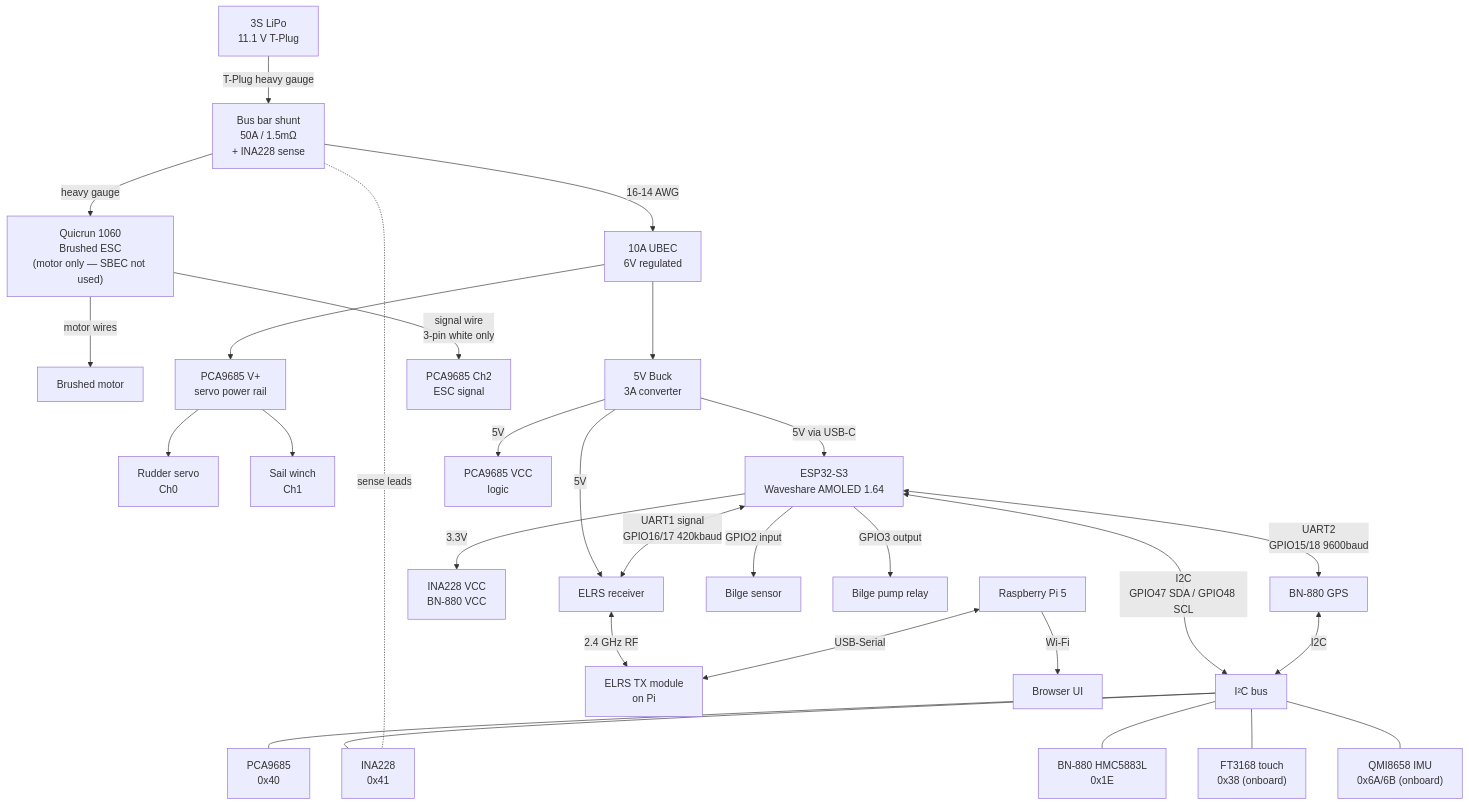
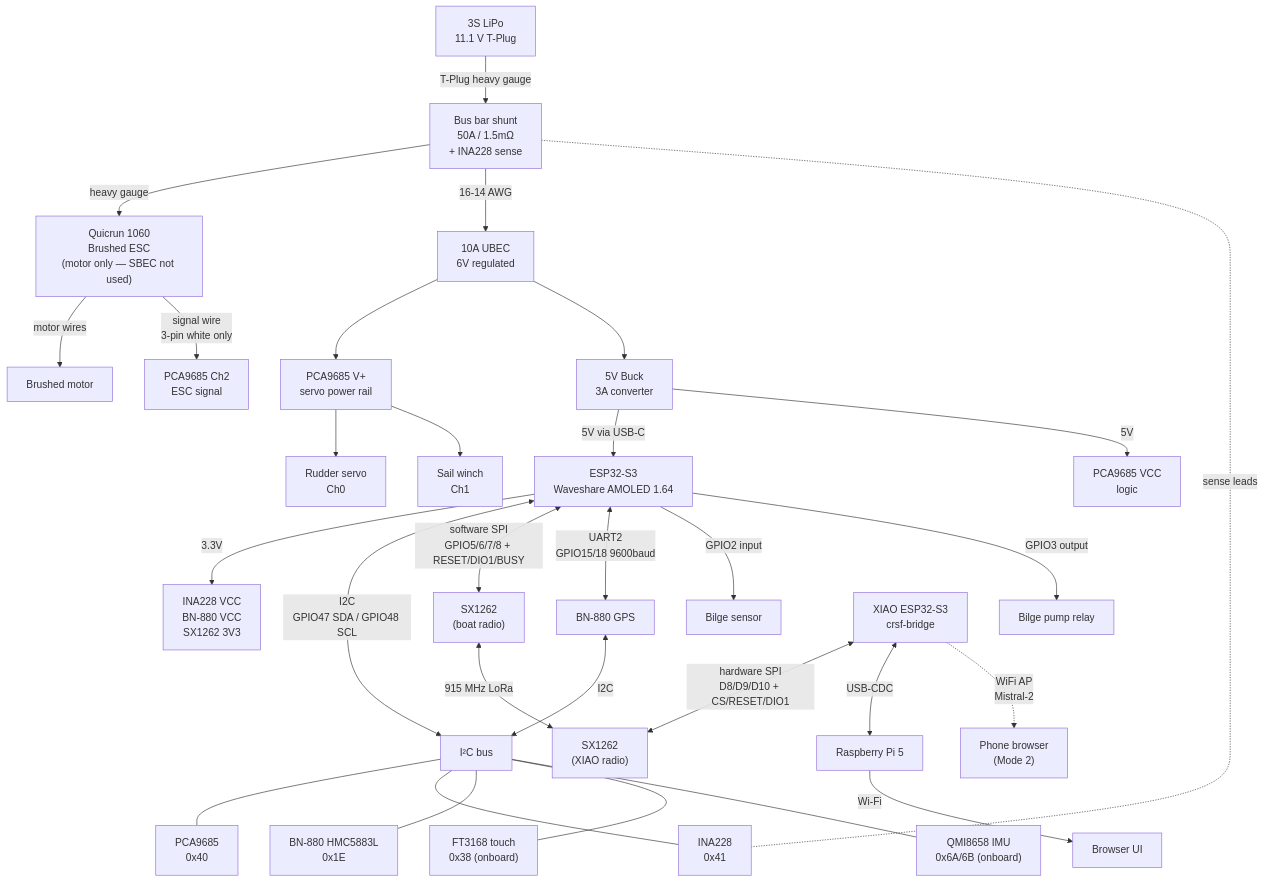
Before and after one commit to crazyswedishguy/rcsailboat: the diagram in docs/wiring.md, drawn with Mermaid. The commit also changed other lines of this file and 15 other files, not shown here.

First line of the commit message:
feat(radio): replace Ranger Micro/RP3 ELRS with SX1262 LoRa

````diff
--- a/docs/wiring.md
+++ b/docs/wiring.md
@@ -309,44 +330,45 @@
 ```mermaid
 graph TD
     LIPO["3S LiPo\n11.1 V T-Plug"]
     SHUNT["Bus bar shunt\n50A / 1.5mΩ\n+ INA228 sense"]
 
     LIPO -->|T-Plug heavy gauge| SHUNT
     SHUNT -->|heavy gauge| ESC["Quicrun 1060\nBrushed ESC\n(motor only — SBEC not used)"]
     SHUNT -->|16-14 AWG| UBEC["10A UBEC\n6V regulated"]
     ESC -->|motor wires| MOTOR["Brushed motor"]
 
     UBEC --> PCA_V["PCA9685 V+\nservo power rail"]
     UBEC --> BUCK["5V Buck\n3A converter"]
 
     PCA_V --> RUDDER["Rudder servo\nCh0"]
     PCA_V --> SAIL["Sail winch\nCh1"]
 
     ESC -->|signal wire\n3-pin white only| PCA_CH2["PCA9685 Ch2\nESC signal"]
 
     BUCK -->|5V via USB-C| ESP["ESP32-S3\nWaveshare AMOLED 1.64"]
     BUCK -->|5V| PCA_VCC["PCA9685 VCC\nlogic"]
-    BUCK -->|5V| ELRS_RX["ELRS receiver"]
 
-    ESP -->|3.3V| SENSORS["INA228 VCC\nBN-880 VCC"]
+    ESP -->|3.3V| SENSORS["INA228 VCC\nBN-880 VCC\nSX1262 3V3"]
 
     ESP <-->|I2C\nGPIO47 SDA / GPIO48 SCL| I2C_BUS["I²C bus"]
     I2C_BUS --- PCA["PCA9685\n0x40"]
     I2C_BUS --- INA228_I2C["INA228\n0x41"]
     SHUNT -.-|sense leads| INA228_I2C
     I2C_BUS --- HMAG["BN-880 HMC5883L\n0x1E"]
     I2C_BUS --- TOUCH["FT3168 touch\n0x38 (onboard)"]
     I2C_BUS --- IMU["QMI8658 IMU\n0x6A/6B (onboard)"]
 
-    ESP <-->|UART1 signal\nGPIO16/17 420kbaud| ELRS_RX
-    ELRS_RX <-->|2.4 GHz RF| ELRS_TX["ELRS TX module\non Pi"]
+    ESP <-->|software SPI\nGPIO5/6/7/8 + RESET/DIO1/BUSY| SX1262_B["SX1262\n(boat radio)"]
+    SX1262_B <-->|915 MHz LoRa| SX1262_X["SX1262\n(XIAO radio)"]
 
     ESP <-->|UART2\nGPIO15/18 9600baud| BN880["BN-880 GPS"]
     BN880 <-->|I2C| I2C_BUS
 
     ESP -->|GPIO2 input| BILGE_S["Bilge sensor"]
     ESP -->|GPIO3 output| BILGE_P["Bilge pump relay"]
 
-    PI["Raspberry Pi 5"] <-->|USB-Serial| ELRS_TX
+    XIAO["XIAO ESP32-S3\ncrsf-bridge"] <-->|hardware SPI\nD8/D9/D10 + CS/RESET/DIO1| SX1262_X
+    XIAO <-->|USB-CDC| PI["Raspberry Pi 5"]
     PI -->|Wi-Fi| BROWSER["Browser UI"]
+    XIAO -.->|WiFi AP\nMistral-2| PHONE["Phone browser\n(Mode 2)"]
 ```
````
